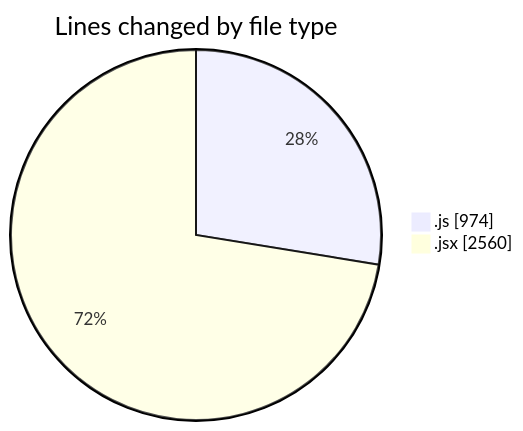
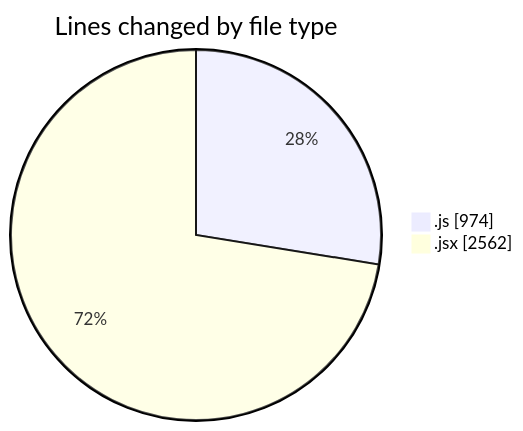
One commit to nxtqubesakshisongat/code-tracking changed the first of 2 diagrams in 2025-12-05/nxtqube_webapp/README.md. Above: the diagram before and after it, drawn with Mermaid. The commit also changed other lines of this file and 1 other file, not shown here.

````diff
--- a/2025-12-05/nxtqube_webapp/README.md
+++ b/2025-12-05/nxtqube_webapp/README.md
@@ -22,6 +22,6 @@
 ```mermaid
 pie showData
 title Lines changed by file type
 ".js" : 974
-".jsx" : 2560
+".jsx" : 2562
 ```
````
